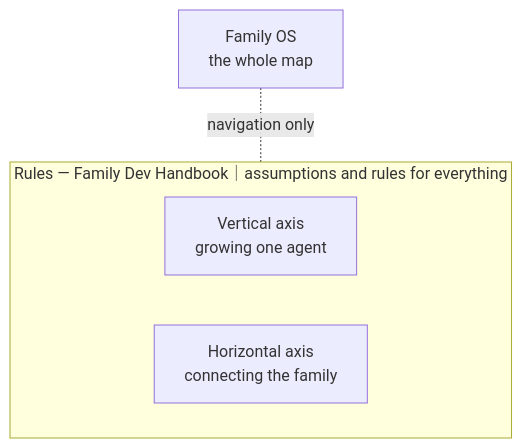
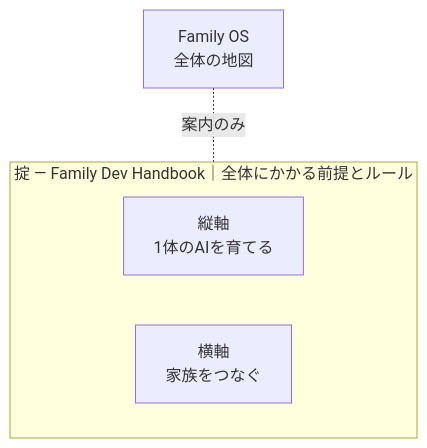
One commit to caty-ai/family-os changed the diagram in README.ja.md. Above: the diagram before and after it, drawn with Mermaid. The commit also changed other lines of this file and 9 other files, not shown here.

````diff
--- a/README.ja.md
+++ b/README.ja.md
@@ -188,12 +188,12 @@
 ```mermaid
 flowchart TB
-  OS["Family OS<br/>the whole map"]
+  OS["Family OS<br/>全体の地図"]
 
-  subgraph Rule["Rules — Family Dev Handbook｜assumptions and rules for everything"]
+  subgraph Rule["掟 — Family Dev Handbook｜全体にかかる前提とルール"]
     direction LR
-    V["Vertical axis<br/>growing one agent"]
-    H["Horizontal axis<br/>connecting the family"]
+    V["縦軸<br/>1体のAIを育てる"]
+    H["横軸<br/>家族をつなぐ"]
   end
 
-  OS -.-|"navigation only"| Rule
+  OS -.-|"案内のみ"| Rule
 ```
````
